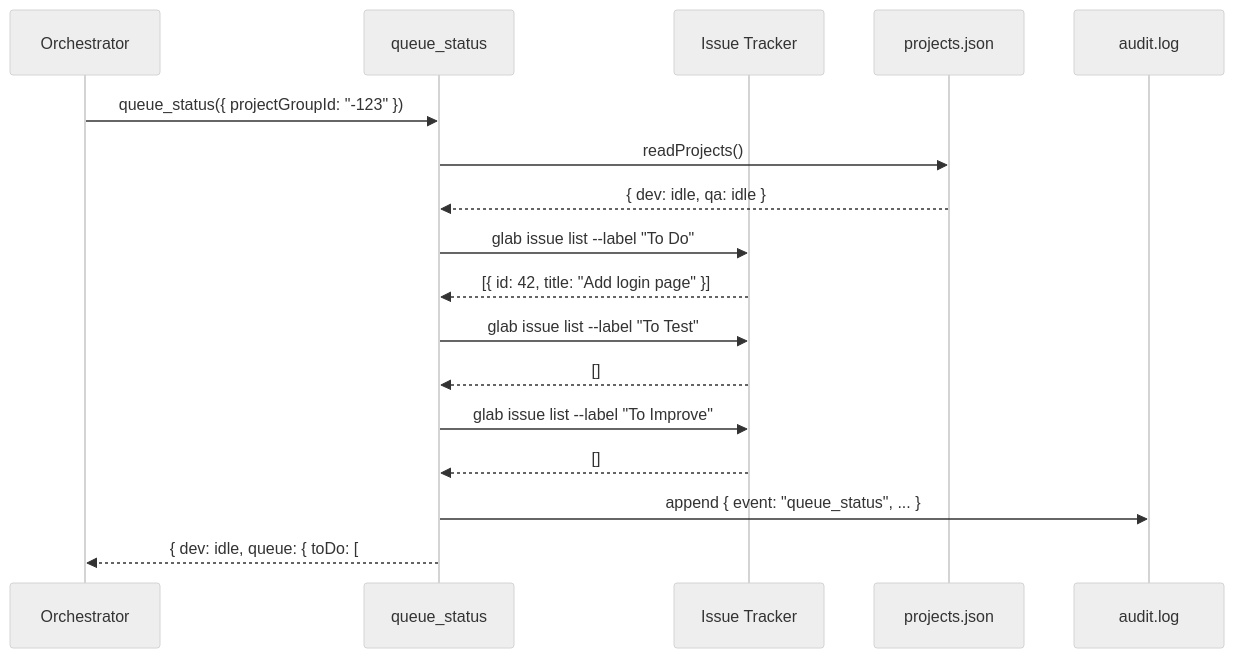
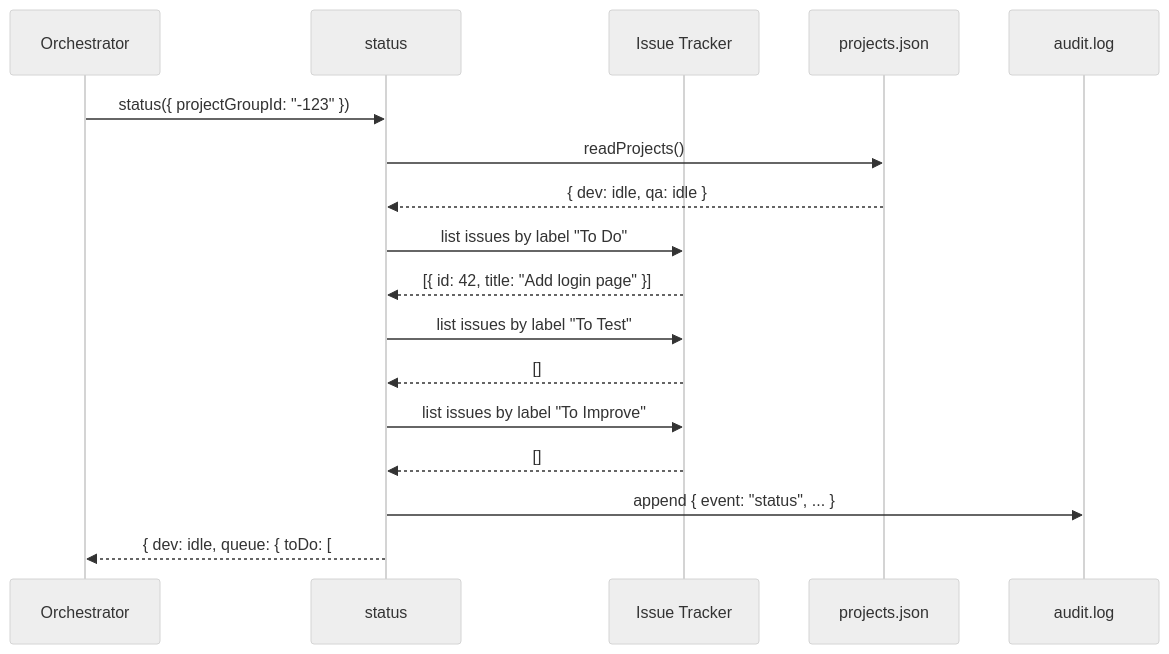
The fourth of 10 diagrams in docs/ARCHITECTURE.md (StrongheartedX/devclaw), drawn with Mermaid (neutral theme) before and after one commit. The commit also changed other lines of this file and 10 other files, not shown here.

````diff
--- a/docs/ARCHITECTURE.md
+++ b/docs/ARCHITECTURE.md
@@ -245,20 +245,20 @@
 ```mermaid
 sequenceDiagram
     participant A as Orchestrator
-    participant QS as queue_status
+    participant QS as status
     participant GL as Issue Tracker
     participant PJ as projects.json
     participant AL as audit.log
 
-    A->>QS: queue_status({ projectGroupId: "-123" })
+    A->>QS: status({ projectGroupId: "-123" })
     QS->>PJ: readProjects()
     PJ-->>QS: { dev: idle, qa: idle }
-    QS->>GL: glab issue list --label "To Do"
+    QS->>GL: list issues by label "To Do"
     GL-->>QS: [{ id: 42, title: "Add login page" }]
-    QS->>GL: glab issue list --label "To Test"
+    QS->>GL: list issues by label "To Test"
     GL-->>QS: []
-    QS->>GL: glab issue list --label "To Improve"
+    QS->>GL: list issues by label "To Improve"
     GL-->>QS: []
-    QS->>AL: append { event: "queue_status", ... }
+    QS->>AL: append { event: "status", ... }
     QS-->>A: { dev: idle, queue: { toDo: [#42] } }
 ```
````
